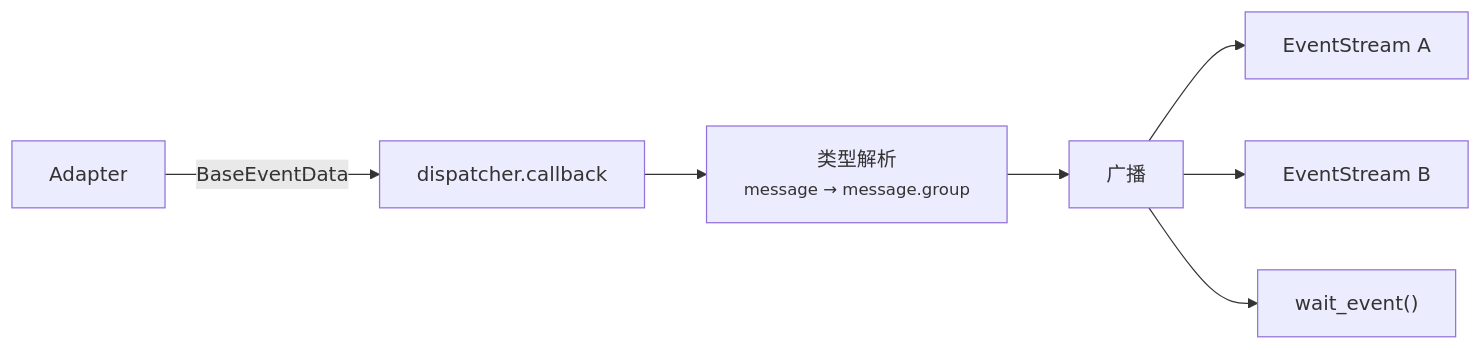
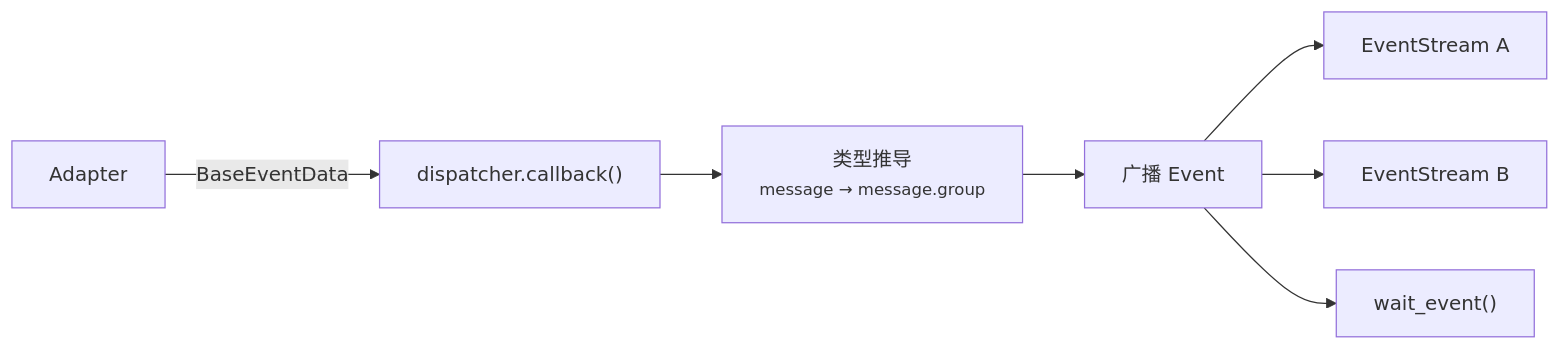
The sixth of 16 diagrams in docs/architecture.md (Sparrived/ncatbot), drawn with Mermaid before and after one commit. The commit also changed other lines of this file and 91 other files, not shown here.

````diff
--- a/docs/architecture.md
+++ b/docs/architecture.md
@@ -357,9 +393,9 @@
 ```mermaid
 graph LR
-    Adapter["Adapter"] -->|BaseEventData| Callback["dispatcher.callback"]
-    Callback --> Resolve["类型解析<br/><small>message → message.group</small>"]
-    Resolve --> Broadcast["广播"]
+    Adapter["Adapter"] -->|BaseEventData| Callback["dispatcher.callback()"]
+    Callback --> Resolve["类型推导<br/><small>message → message.group</small>"]
+    Resolve --> Broadcast["广播 Event"]
     Broadcast --> Stream1["EventStream A"]
     Broadcast --> Stream2["EventStream B"]
     Broadcast --> Waiter["wait_event()"]
 ```
````
